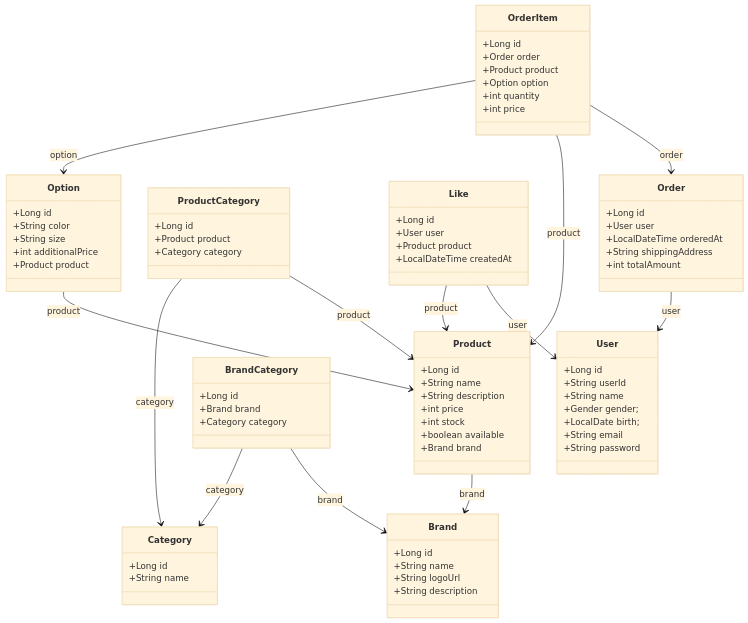
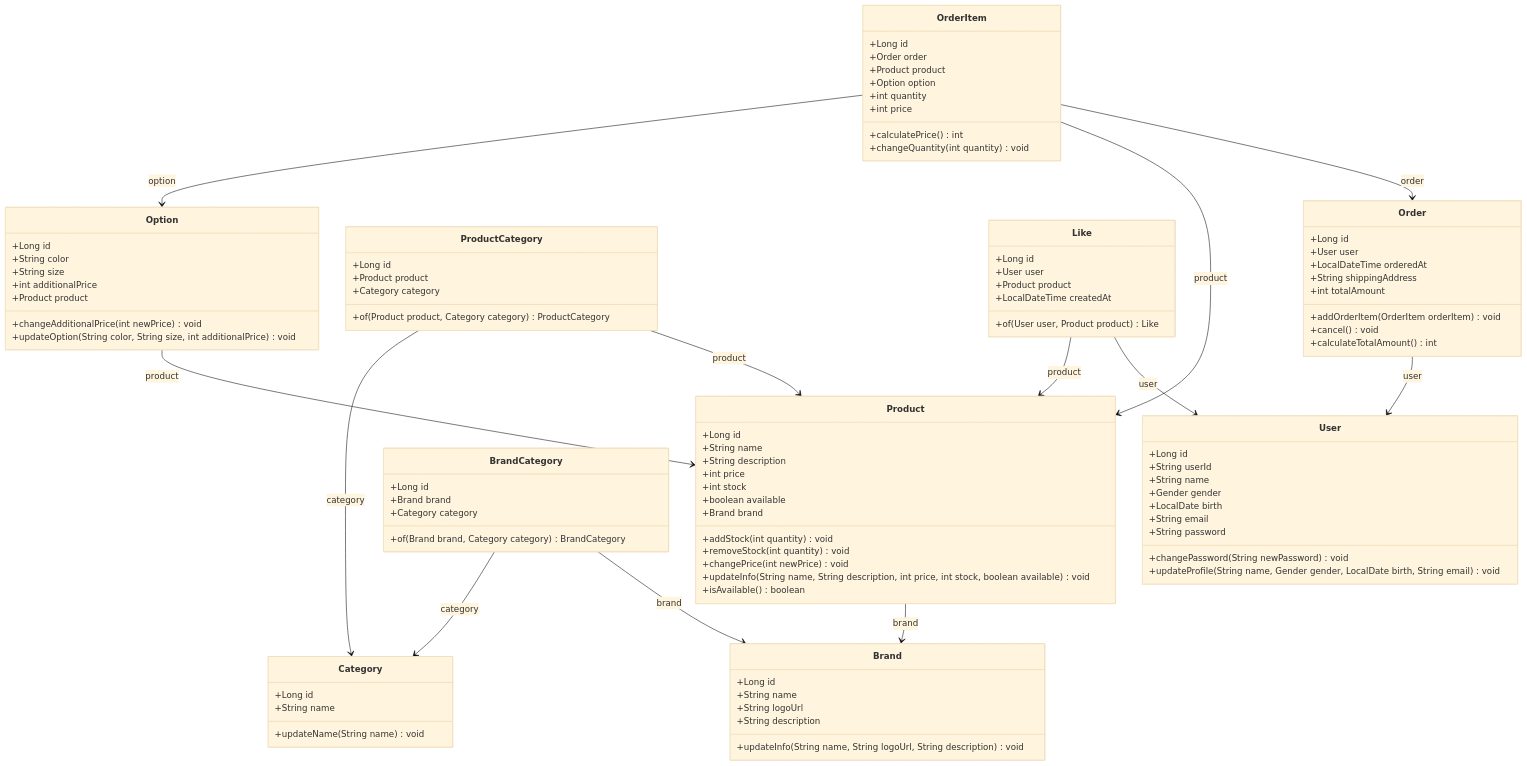
Before and after one commit to HuijinKang/loopers-e-commerce: the diagram in docs/design/03-class-diagrams.md, drawn with Mermaid (base theme).

Commit message:
[docs] 시퀀스 다이어그램 2차

```diff
--- a/docs/design/03-class-diagrams.md
+++ b/docs/design/03-class-diagrams.md
@@ -11,6 +11,12 @@
   +int stock
   +boolean available
   +Brand brand
+
+  +addStock(int quantity) void
+  +removeStock(int quantity) void
+  +changePrice(int newPrice) void
+  +updateInfo(String name, String description, int price, int stock, boolean available) void
+  +isAvailable() boolean
 }
 
 class Option {
@@ -19,6 +25,9 @@
   +String size
   +int additionalPrice
   +Product product
+
+  +changeAdditionalPrice(int newPrice) void
+  +updateOption(String color, String size, int additionalPrice) void
 }
 
 class Brand {
@@ -26,23 +35,31 @@
   +String name
   +String logoUrl
   +String description
+
+  +updateInfo(String name, String logoUrl, String description) void
 }
 
 class Category {
   +Long id
   +String name
+
+  +updateName(String name) void
 }
 
 class ProductCategory {
   +Long id
   +Product product
   +Category category
+
+  +of(Product product, Category category) ProductCategory
 }
 
 class BrandCategory {
   +Long id
   +Brand brand
   +Category category
+
+  +of(Brand brand, Category category) BrandCategory
 }
 
 class Like {
@@ -50,6 +67,8 @@
   +User user
   +Product product
   +LocalDateTime createdAt
+
+  +of(User user, Product product) Like
 }
 
 class Order {
@@ -58,6 +77,10 @@
   +LocalDateTime orderedAt
   +String shippingAddress
   +int totalAmount
+
+  +addOrderItem(OrderItem orderItem) void
+  +cancel() void
+  +calculateTotalAmount() int
 }
 
 class OrderItem {
@@ -67,17 +90,22 @@
   +Option option
   +int quantity
   +int price
+
+  +calculatePrice() int
+  +changeQuantity(int quantity) void
 }
 
 class User {
   +Long id
   +String userId
   +String name
-  +Gender gender;
-  +LocalDate birth;
+  +Gender gender
+  +LocalDate birth
   +String email
   +String password
-  
+
+  +changePassword(String newPassword) void
+  +updateProfile(String name, Gender gender, LocalDate birth, String email) void
 }
 
 Option --> Product : product
```
